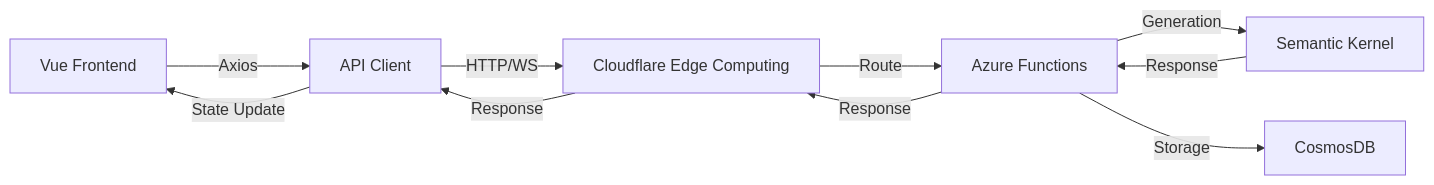
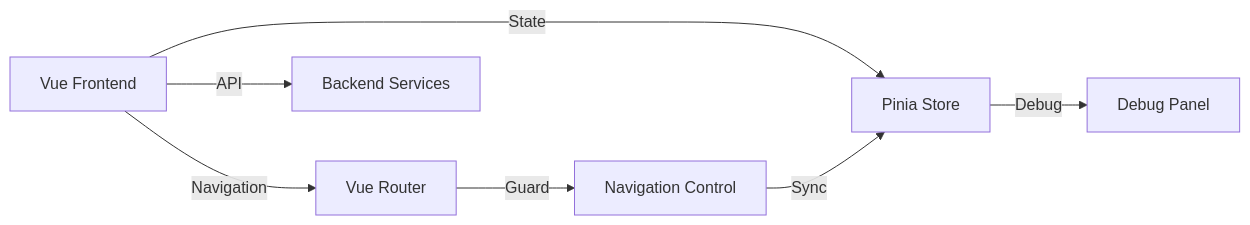
Before and after one commit to eric-fern/wizardteach: the first of 2 diagrams in README.md, drawn with Mermaid. The commit also changed other lines of this file and 10 other files, not shown here.

````diff
--- a/README.md
+++ b/README.md
@@ -34,12 +35,9 @@
 ```mermaid
 graph LR
-    UI[Vue Frontend] -->|Axios| AC[API Client]
-    AC -->|HTTP/WS| CF[Cloudflare Edge Computing]
-    CF -->|Route| AF[Azure Functions]
-    AF -->|Generation| SK[Semantic Kernel]
-    AF -->|Storage| DB[CosmosDB]
-    SK -->|Response| AF
-    AF -->|Response| CF
-    CF -->|Response| AC
-    AC -->|State Update| UI
+    UI[Vue Frontend] -->|State| Store[Pinia Store]
+    UI -->|Navigation| Router[Vue Router]
+    Store -->|Debug| Debug[Debug Panel]
+    Router -->|Guard| Nav[Navigation Control]
+    Nav -->|Sync| Store
+    UI -->|API| Backend[Backend Services]
 ```
````
